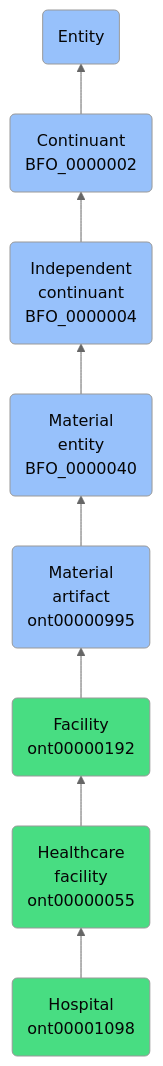
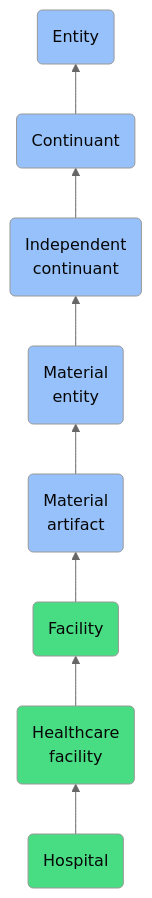
The diagram in docs/ontology/reference/model/Entity/Continuant/Independent continuant/Material entity/Material artifact/Facility/Healthcare facility/Hospital/Hospital.md (jupyter-naas/abi), drawn with Mermaid (neutral theme) before and after one commit. The commit also changed other lines of this file and 1430 other files, not shown here.

````diff
--- a/docs/ontology/reference/model/Entity/Continuant/Independent continuant/Material entity/Material artifact/Facility/Healthcare facility/Hospital/Hospital.md
+++ b/docs/ontology/reference/model/Entity/Continuant/Independent continuant/Material entity/Material artifact/Facility/Healthcare facility/Hospital/Hospital.md
@@ -24,15 +24,15 @@
 ```mermaid
 graph BT
-    ont00001098(Hospital<br>ont00001098):::ABI-->ont00000055
-    ont00000055(Healthcare<br>facility<br>ont00000055):::ABI-->ont00000192
-    ont00000192(Facility<br>ont00000192):::ABI-->ont00000995
-    ont00000995(Material<br>artifact<br>ont00000995):::BFO-->BFO_0000040
-    BFO_0000040(Material<br>entity<br>BFO_0000040):::BFO-->BFO_0000004
-    BFO_0000004(Independent<br>continuant<br>BFO_0000004):::BFO-->BFO_0000002
-    BFO_0000002(Continuant<br>BFO_0000002):::BFO-->BFO_0000001
+    ont00001098(Hospital):::ABI-->ont00000055
+    ont00000055(Healthcare<br>facility):::ABI-->ont00000192
+    ont00000192(Facility):::ABI-->ont00000995
+    ont00000995(Material<br>artifact):::BFO-->BFO_0000040
+    BFO_0000040(Material<br>entity):::BFO-->BFO_0000004
+    BFO_0000004(Independent<br>continuant):::BFO-->BFO_0000002
+    BFO_0000002(Continuant):::BFO-->BFO_0000001
     BFO_0000001(Entity):::BFO
     
     classDef BFO fill:#97c1fb,color:#060606
     classDef CCO fill:#e4c51e,color:#060606
     classDef ABI fill:#48DD82,color:#060606
 ```
````
